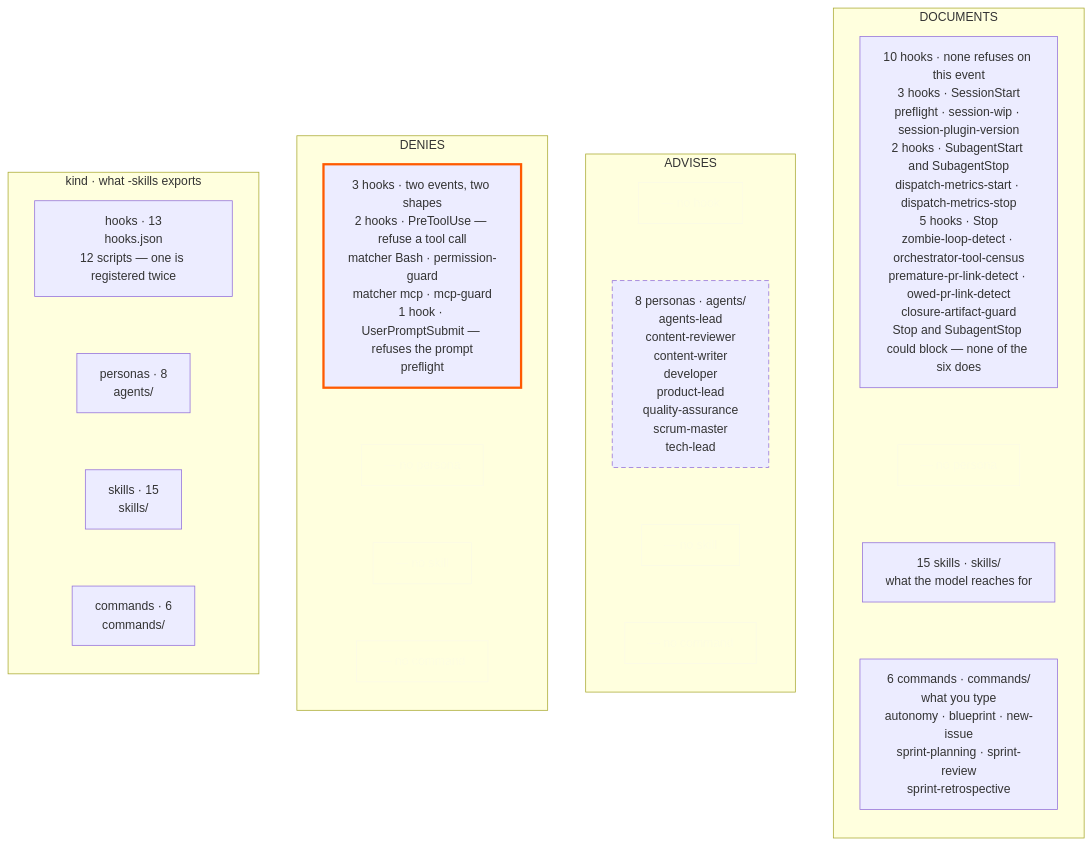
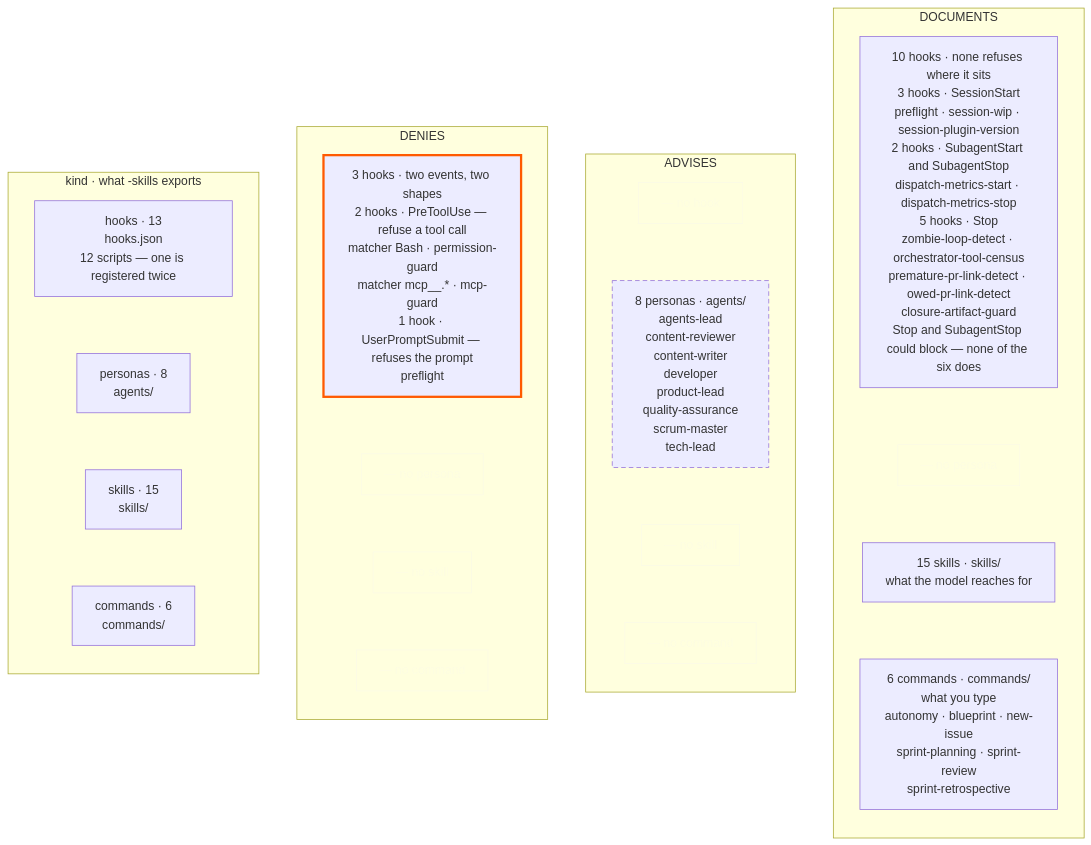
Before and after one commit to tedeuxx/tadeumendonca-io: the third of 3 diagrams in apps/fed/src/content/architecture.en.md, drawn with Mermaid. The commit also changed 2 other files, not shown here.

Commit message:
fix(architecture): two grid labels said less than the manifest they were derived from (#580)
Author-side pass, before the MR:

  - `matcher mcp` reads as a literal matcher string. The registration's matcher is `mcp__.*`,
    which is what the cell says now — the same precision the `Bash` row beside it already had.
  - `none refuses on this event` sits in a cell holding four different events, so "this"
    resolves to nothing. `none refuses where it sits` says the per-registration claim the
    manifest actually carries.

Neither is a count and neither moves a test; both are the cell being as exact as the field
it was generated from.

Refs #580

````diff
--- a/apps/fed/src/content/architecture.en.md
+++ b/apps/fed/src/content/architecture.en.md
@@ -189,49 +189,49 @@
 ```mermaid
 flowchart LR
   accTitle: What the harness is made of
   accDescr: The claim comes first, because the claim is what the grid is for. Of everything the plugin exports, exactly one kind can REFUSE — a hook — and only on two of the six events it registers on. Personas ADVISE, and skills and commands only DOCUMENT. Four kinds against three classes of force is twelve cells; five hold something and seven are empty, and the seven empty ones are the argument. Now the inventory the claim is read off. The lanes are the 13 hook registrations in hooks.json, written by 12 scripts because preflight is registered twice; the 8 personas in the agents directory; the 15 skills in the skills directory; and the 6 commands in the commands directory. The deny column holds one cell, and it holds 3 registrations across two events of different shapes: permission-guard on the matcher Bash and mcp-guard on the matcher for MCP tools, both on PreToolUse, which refuse a tool call before it runs; and preflight on UserPromptSubmit, which refuses the prompt itself, before the turn starts. Persona, skill and command have no cell there at all. The middle column holds one cell too: the 8 personas — agents-lead, content-reviewer, content-writer, developer, product-lead, quality-assurance, scrum-master and tech-lead — which ADVISE, and that is a claim about their judgement rather than about their seat, because a lens nobody dispatches fails silently. The third column, the one whose components only DOCUMENT, holds three cells: the 15 skills, which is what the model reaches for on its own; the 6 commands, which is what a person types; and the other 10 hook registrations — 3 on SessionStart, 2 on SubagentStart and SubagentStop, and 5 on Stop. Read the two columns together and preflight appears in both, because it is registered twice with a different class on each event, and that is the drawing being derived rather than drawn: nobody authoring by hand would draw one script in two columns of the same grid.
   subgraph LANE["kind · what -skills exports"]
     direction TB
     LH["hooks · 13<br/>hooks.json<br/>12 scripts — one is registered twice"]
     LP["personas · 8<br/>agents/"]
     LS["skills · 15<br/>skills/"]
     LC["commands · 6<br/>commands/"]
     LH ~~~ LP ~~~ LS ~~~ LC
   end
   subgraph COLD["DENIES"]
     direction TB
-    HKD["3 hooks · two events, two shapes<br/>2 hooks · PreToolUse — refuse a tool call<br/>matcher Bash · permission-guard<br/>matcher mcp · mcp-guard<br/>1 hook · UserPromptSubmit — refuses the prompt<br/>preflight"]
+    HKD["3 hooks · two events, two shapes<br/>2 hooks · PreToolUse — refuse a tool call<br/>matcher Bash · permission-guard<br/>matcher mcp__.* · mcp-guard<br/>1 hook · UserPromptSubmit — refuses the prompt<br/>preflight"]
     PSD["— no persona"]
     SKD["— no skill"]
     CMD["— no command"]
     HKD ~~~ PSD ~~~ SKD ~~~ CMD
   end
   subgraph COLA["ADVISES"]
     direction TB
     HKA["— no hook"]
     PS["8 personas · agents/<br/>agents-lead<br/>content-reviewer<br/>content-writer<br/>developer<br/>product-lead<br/>quality-assurance<br/>scrum-master<br/>tech-lead"]
     SKA["— no skill"]
     CMA["— no command"]
     HKA ~~~ PS ~~~ SKA ~~~ CMA
   end
   subgraph COLO["DOCUMENTS"]
     direction TB
-    HKR["10 hooks · none refuses on this event<br/>3 hooks · SessionStart<br/>preflight · session-wip · session-plugin-version<br/>2 hooks · SubagentStart and SubagentStop<br/>dispatch-metrics-start · dispatch-metrics-stop<br/>5 hooks · Stop<br/>zombie-loop-detect · orchestrator-tool-census<br/>premature-pr-link-detect · owed-pr-link-detect<br/>closure-artifact-guard<br/>Stop and SubagentStop could block — none of the six does"]
+    HKR["10 hooks · none refuses where it sits<br/>3 hooks · SessionStart<br/>preflight · session-wip · session-plugin-version<br/>2 hooks · SubagentStart and SubagentStop<br/>dispatch-metrics-start · dispatch-metrics-stop<br/>5 hooks · Stop<br/>zombie-loop-detect · orchestrator-tool-census<br/>premature-pr-link-detect · owed-pr-link-detect<br/>closure-artifact-guard<br/>Stop and SubagentStop could block — none of the six does"]
     PSO["— no persona"]
     SK["15 skills · skills/<br/>what the model reaches for"]
     CM["6 commands · commands/<br/>what you type<br/>autonomy · blueprint · new-issue<br/>sprint-planning · sprint-review<br/>sprint-retrospective"]
     HKR ~~~ PSO ~~~ SK ~~~ CM
   end
   LANE ~~~ COLD ~~~ COLA ~~~ COLO
   classDef mechanism stroke:#FF5A00,stroke-width:3px
   classDef convention stroke-dasharray:6 4
   %% `empty` must never use #FF5A00 or a stroke-dasharray: the suite counts exactly one accented box
   %% (the mechanism) and exactly one dashed box (the convention) in the compiled SVG, and either token
   %% here would make seven empty cells claim a force they do not have. It must also stay inside ADR-0008's
   %% three colours — the first draft receded these cells with #555555/#888888 and the palette gate caught
   %% it in both editions. Opacity is how a cell recedes here; a fourth grey is not available.
   classDef empty fill:none,stroke:#F5F4EF,color:#F5F4EF,opacity:0.45
   class HKD mechanism
   class PS convention
   class PSD,SKD,CMD,HKA,SKA,CMA,PSO empty
 ```
````
